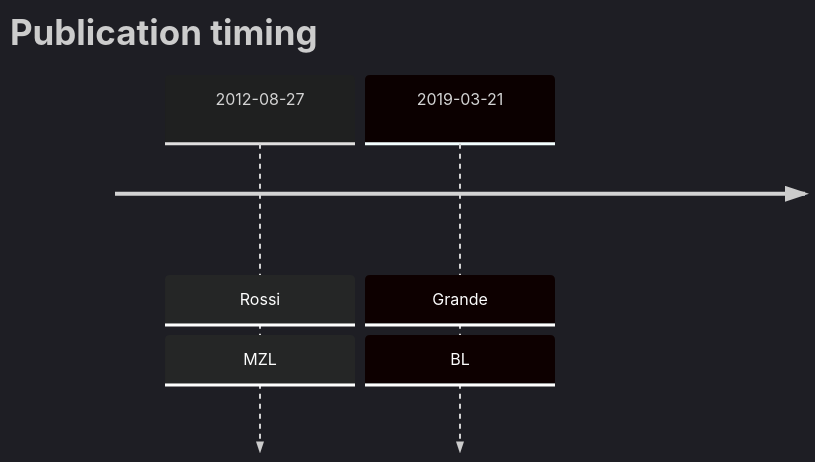
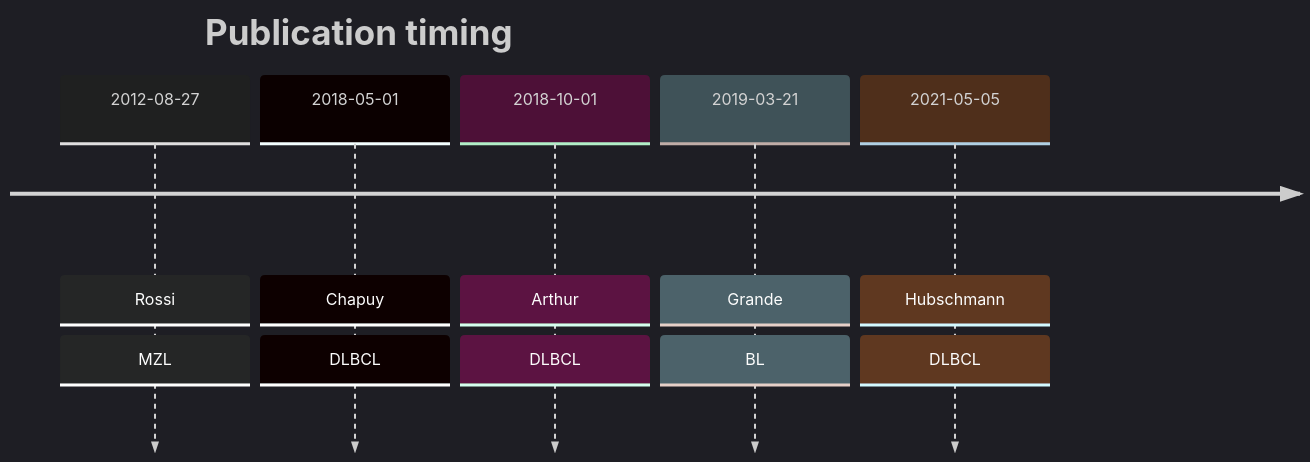
One commit to morinlab/lymphopedia changed the diagram in SIN3A.md. Above: the diagram before and after it, drawn with Mermaid. The commit also changed other lines of this file, not shown here.

Commit message:
update tables

````diff
--- a/SIN3A.md
+++ b/SIN3A.md
@@ -11,7 +10,10 @@
 ```mermaid
 %%{init: { 'logLevel': 'debug', 'theme': 'dark' } }%%
 timeline
     title Publication timing
       2012-08-27 : Rossi : MZL
+      2018-05-01 : Chapuy : DLBCL
+2018-10-01 : Arthur : DLBCL
       2019-03-21 : Grande : BL
+      2021-05-05 : Hubschmann : DLBCL
 ```
````
